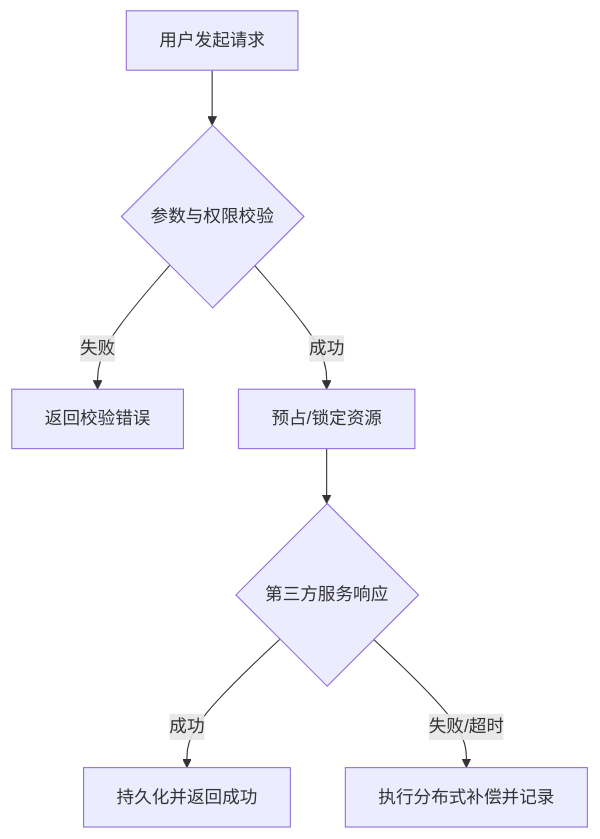
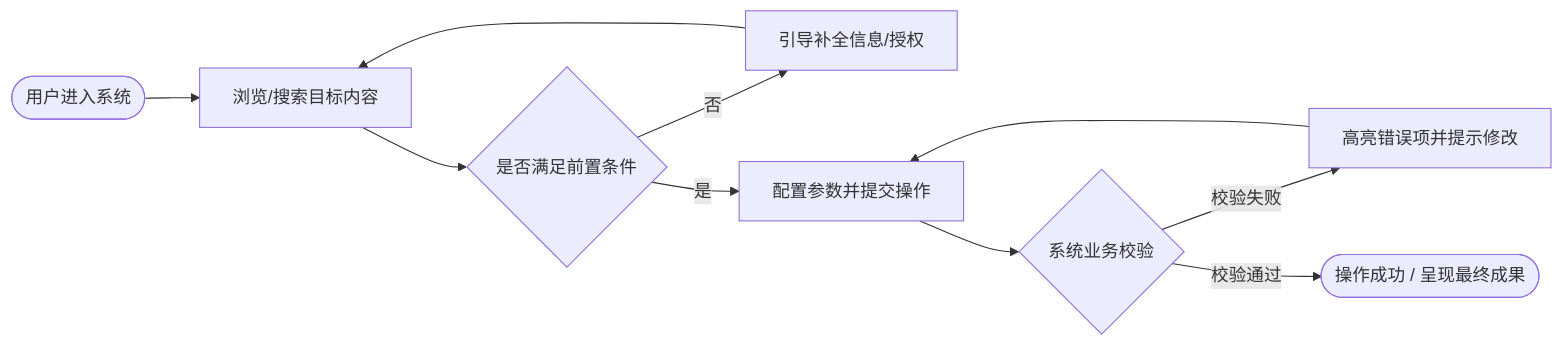
Before and after one commit to zhaoxuan-inside/hs-dev-skill: the second of 2 diagrams in resources/templates/product_design/prd_template.md, drawn with Mermaid. The commit also changed other lines of this file and 9 other files, not shown here.

````diff
--- a/resources/templates/product_design/prd_template.md
+++ b/resources/templates/product_design/prd_template.md
@@ -25,9 +58,10 @@
 ```mermaid
-flowchart TD
-    A[用户发起请求] --> B{参数与权限校验}
-    B -- 失败 --> C[返回校验错误]
-    B -- 成功 --> D[预占/锁定资源]
-    D --> E{第三方服务响应}
-    E -- 成功 --> F[持久化并返回成功]
-    E -- 失败/超时 --> G[执行分布式补偿并记录]
+flowchart LR
+    A([用户进入系统]) --> B[浏览/搜索目标内容]
+    B --> C{是否满足前置条件}
+    C -- 否 --> D[引导补全信息/授权] --> B
+    C -- 是 --> E[配置参数并提交操作]
+    E --> F{系统业务校验}
+    F -- 校验失败 --> G[高亮错误项并提示修改] --> E
+    F -- 校验通过 --> H([操作成功 / 呈现最终成果])
 ```
````
